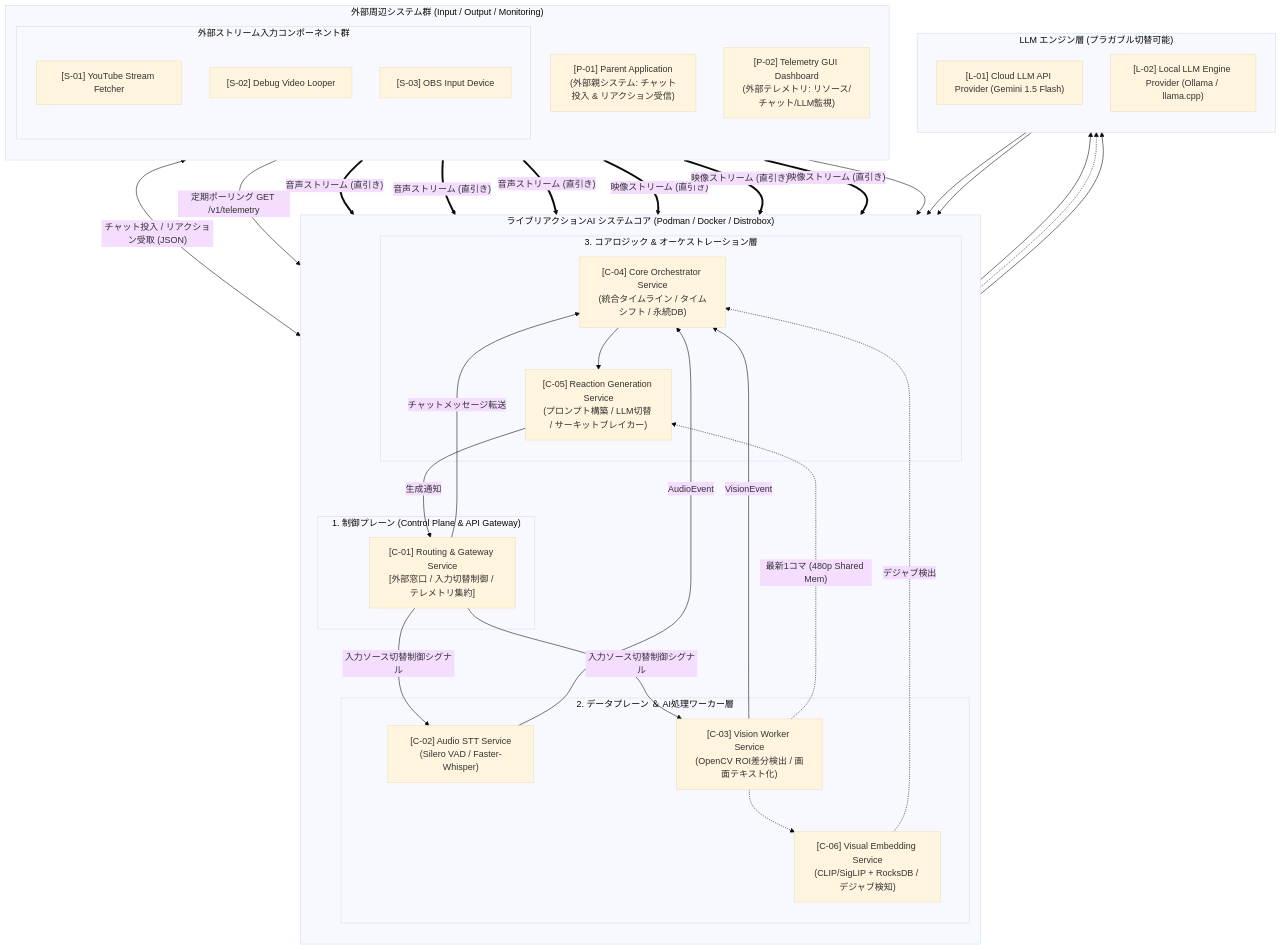
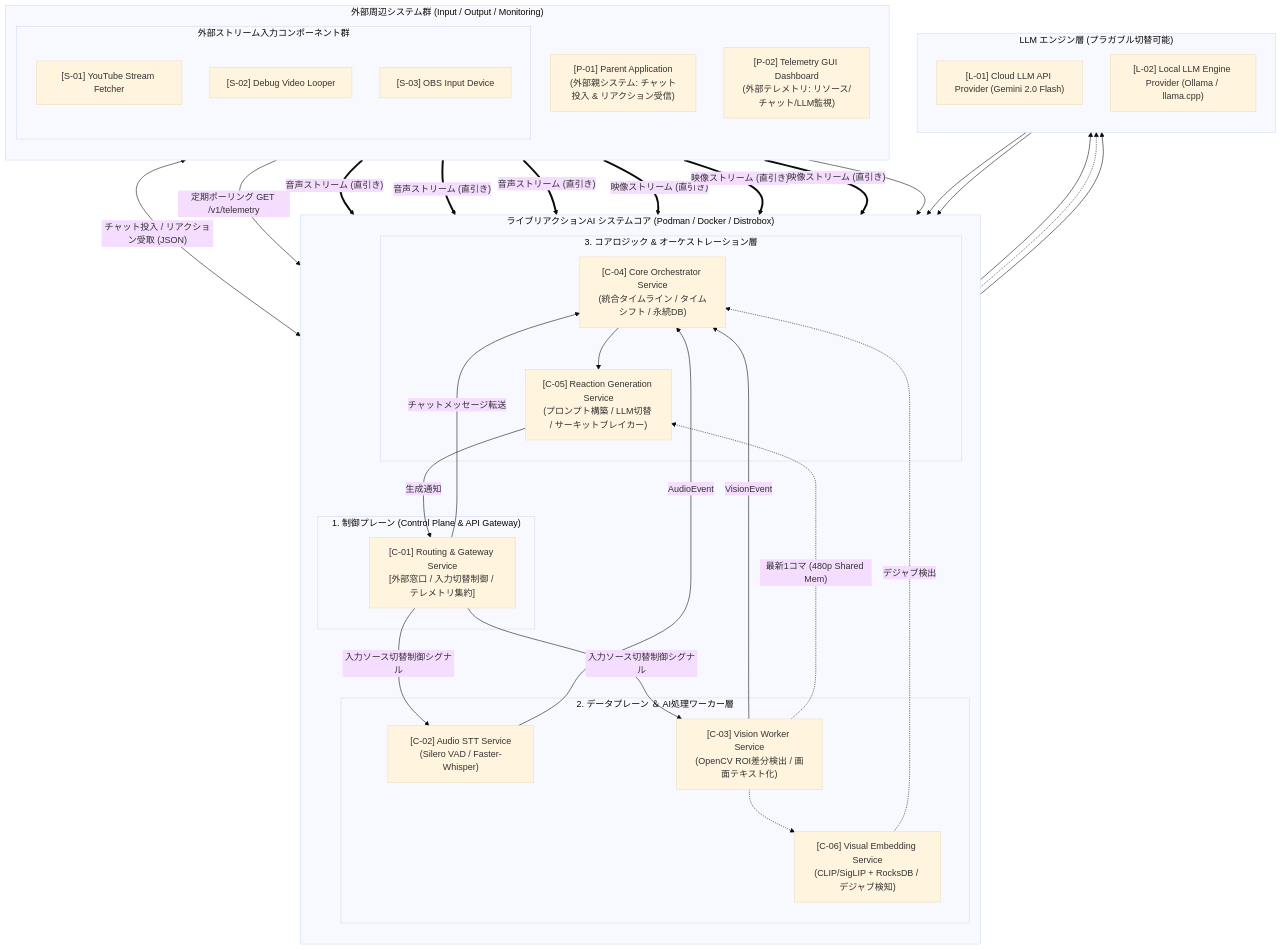
One commit to tk44fk40/lumi_companion changed the first of 2 diagrams in docs/DESIGN_SPEC.md. Above: the diagram before and after it, drawn with Mermaid (base theme). The commit also changed other lines of this file and 1 other file, not shown here.

First line of the commit message:
docs: Phase 1 計画書・設計仕様書に Gemini 2.0 Flash オプションを追加

````diff
--- a/docs/DESIGN_SPEC.md
+++ b/docs/DESIGN_SPEC.md
@@ -117,72 +117,72 @@
 ```mermaid
 graph TD
     %% --- 上段: 外部周辺システム群 ---
     subgraph ExternalPeripherals ["外部周辺システム群 (Input / Output / Monitoring)"]
         direction TB
         P01["[P-01] Parent Application<br>(外部親システム: チャット投入 & リアクション受信)"]
         P02["[P-02] Telemetry GUI Dashboard<br>(外部テレメトリ: リソース/チャット/LLM監視)"]
         
         subgraph StreamSources ["外部ストリーム入力コンポーネント群"]
             S01["[S-01] YouTube Stream Fetcher"]
             S02["[S-02] Debug Video Looper"]
             S03["[S-03] OBS Input Device"]
         end
     end
 
     %% --- 中段: AIシステムコア ---
     subgraph SystemCore ["ライブリアクションAI システムコア (Podman / Docker / Distrobox)"]
         direction TB
         
         subgraph RouterLayer ["1. 制御プレーン (Control Plane & API Gateway)"]
             C01["[C-01] Routing & Gateway Service<br>[外部窓口 / 入力切替制御 / テレメトリ集約]"]
         end
 
         subgraph WorkerLayer ["2. データプレーン ＆ AI処理ワーカー層"]
             C02["[C-02] Audio STT Service<br>(Silero VAD / Faster-Whisper)"]
             C03["[C-03] Vision Worker Service<br>(OpenCV ROI差分検出 / 画面テキスト化)"]
             C06["[C-06] Visual Embedding Service<br>(CLIP/SigLIP + RocksDB / デジャブ検知)"]
         end
 
         subgraph CoreLogicLayer ["3. コアロジック & オーケストレーション層"]
             C04["[C-04] Core Orchestrator Service<br>(統合タイムライン / タイムシフト / 永続DB)"]
             C05["[C-05] Reaction Generation Service<br>(プロンプト構築 / LLM切替 / サーキットブレイカー)"]
         end
     end
 
     %% --- 下段: LLMエンジン層 ---
     subgraph LLMProviders ["LLM エンジン層 (プラガブル切替可能)"]
         direction TB
-        L01["[L-01] Cloud LLM API Provider (Gemini 1.5 Flash)"]
+        L01["[L-01] Cloud LLM API Provider (Gemini 2.0 Flash)"]
         L02["[L-02] Local LLM Engine Provider (Ollama / llama.cpp)"]
     end
 
     %% --- 縦方向の層間構造 ---
     ExternalPeripherals --> SystemCore --> LLMProviders
 
     %% --- 制御プレーン (外部連携 / チャット / テレメトリ / 入力制御) ---
     P01 <-->|"チャット投入 / リアクション受取 (JSON)"| C01
     P02 -->|"定期ポーリング GET /v1/telemetry"| C01
     C01 -->|"入力ソース切替制御シグナル"| C02
     C01 -->|"入力ソース切替制御シグナル"| C03
     C01 -->|"チャットメッセージ転送"| C04
 
     %% --- データプレーン (映像・音声ストリーム直引き) ---
     S01 & S02 & S03 ==>|"音声ストリーム (直引き)"| C02
     S01 & S02 & S03 ==>|"映像ストリーム (直引き)"| C03
 
     %% --- 内部イベント ＆ 推論データフロー ---
     C02 -->|"AudioEvent"| C04
     C03 -->|"VisionEvent"| C04
     C03 -.-> C06
     C06 -.->|"デジャブ検出"| C04
 
     C04 --> C05
     C03 -.->|"最新1コマ (480p Shared Mem)"| C05
 
     C05 --> L01
     C05 -.-> L02
 
     L01 --> C05
     L02 --> C05
     C05 -->|"生成通知"| C01
 ```
````
